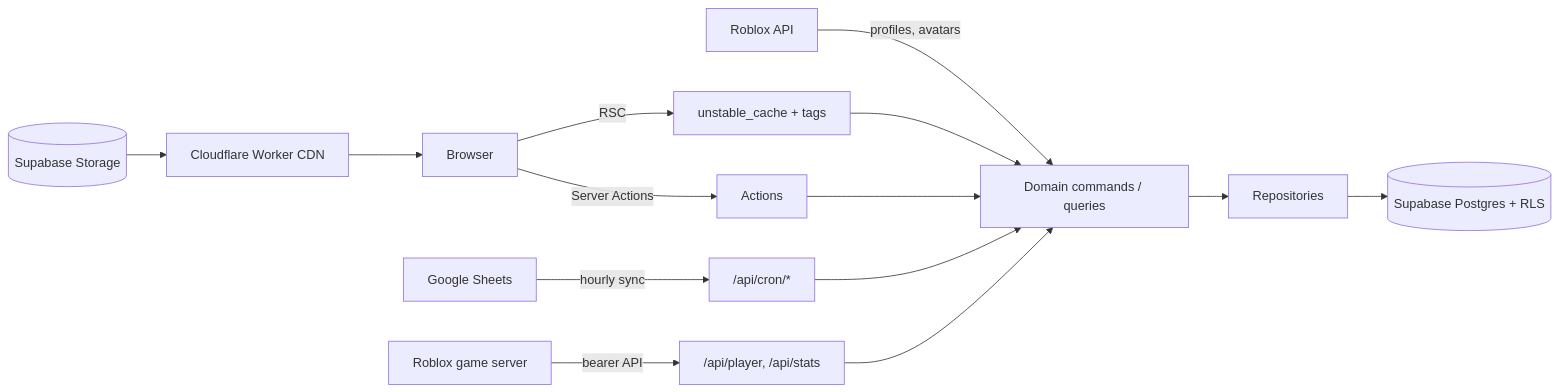
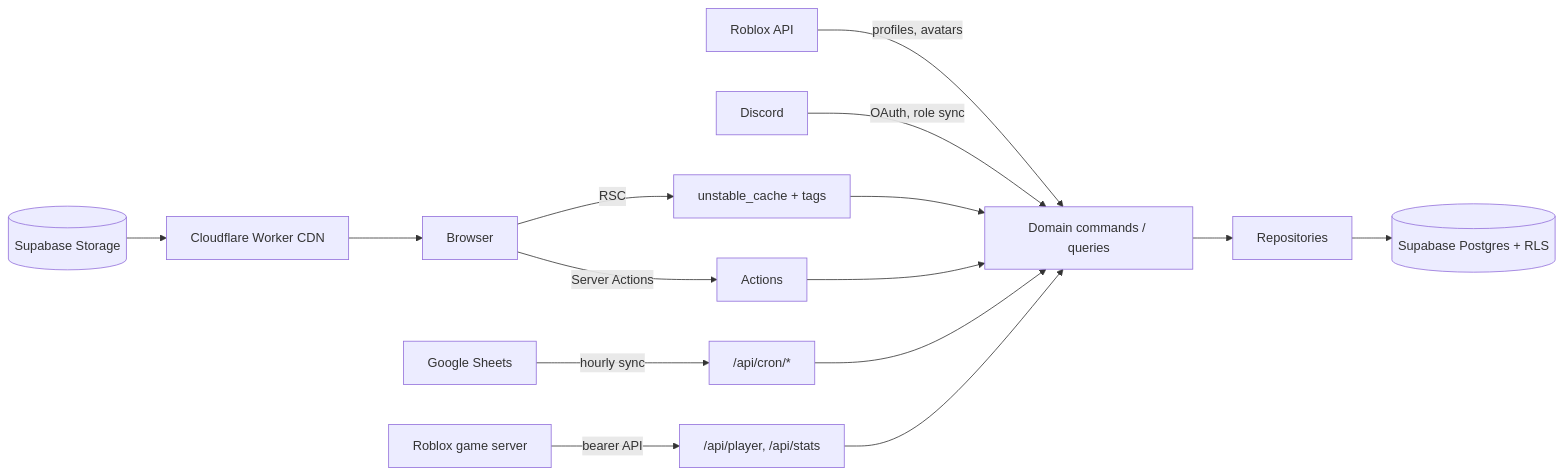
The diagram in README.md (tuoasty/CVRN), drawn with Mermaid before and after one commit. The commit also changed other lines of this file and 13 other files, not shown here.

````diff
--- a/README.md
+++ b/README.md
@@ -73,15 +77,16 @@
 ```mermaid
 flowchart LR
     Sheets[Google Sheets] -->|hourly sync| Cron["/api/cron/*"]
     Roblox[Roblox API] -->|profiles, avatars| Domains
+    Discord[Discord] -->|OAuth, role sync| Domains
     Game[Roblox game server] -->|bearer API| GameAPI["/api/player, /api/stats"]
     Browser -->|RSC| Cache["unstable_cache + tags"]
     Browser -->|Server Actions| Actions
     Cache --> Domains
     Actions --> Domains[Domain commands / queries]
     Cron --> Domains
     GameAPI --> Domains
     Domains --> Repos[Repositories]
     Repos --> PG[(Supabase Postgres + RLS)]
     Storage[(Supabase Storage)] --> CDN[Cloudflare Worker CDN] --> Browser
 ```
````
